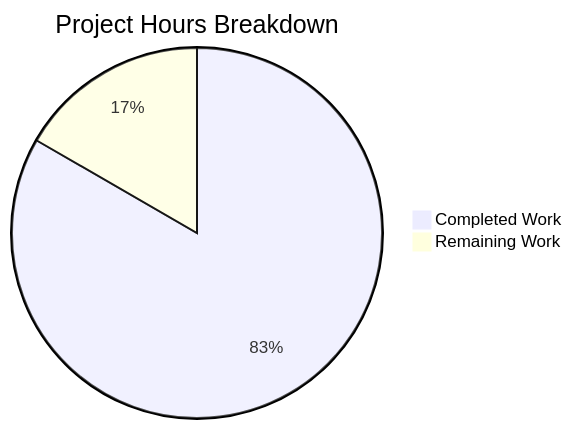
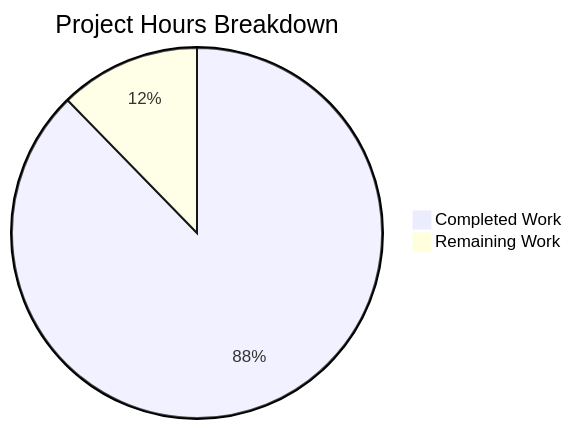
The second of 3 diagrams in blitzy/documentation/Project Guide.md (Blitzy-Sandbox/blitzy-RudderStack), drawn with Mermaid before and after one commit. The commit also changed other lines of this file, not shown here.

Commit message:
Adding Blitzy Project Guide: Project Status and Human Tasks Remaining

````diff
--- a/blitzy/documentation/Project Guide.md
+++ b/blitzy/documentation/Project Guide.md
@@ -202,5 +226,5 @@
 ```mermaid
 pie title Project Hours Breakdown
-    "Completed Work" : 105
-    "Remaining Work" : 21
+    "Completed Work" : 107
+    "Remaining Work" : 15
 ```
````
